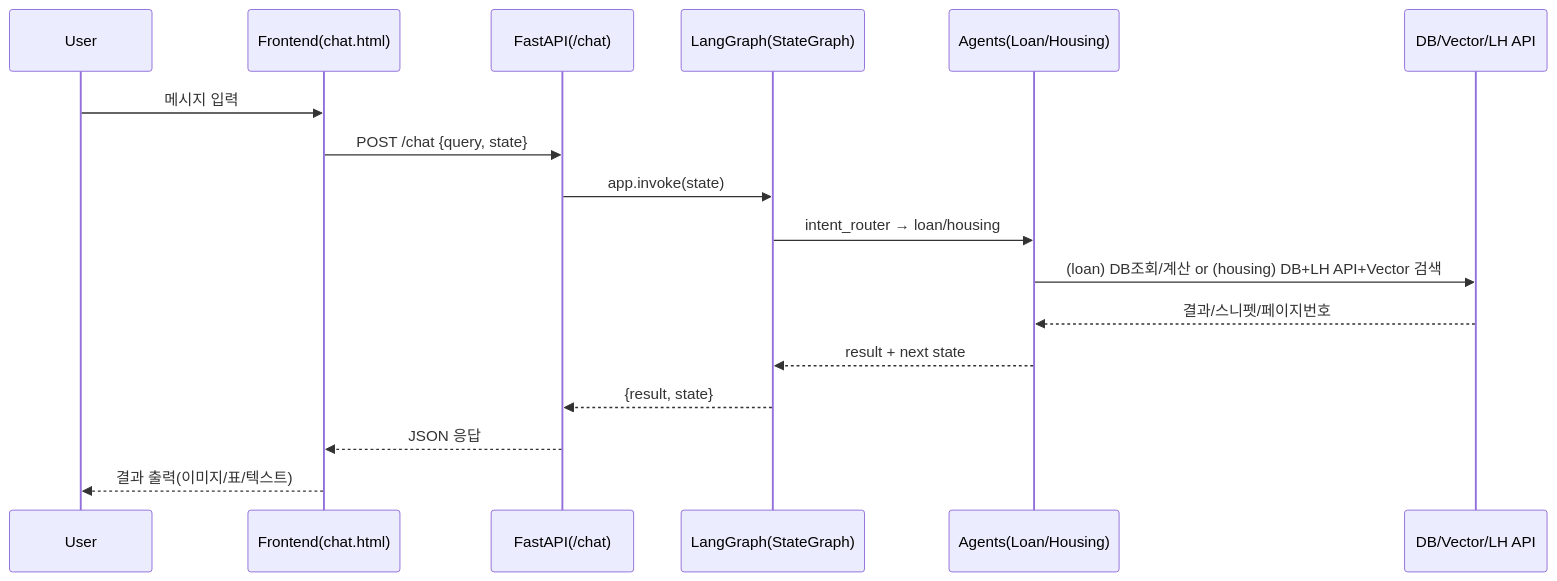
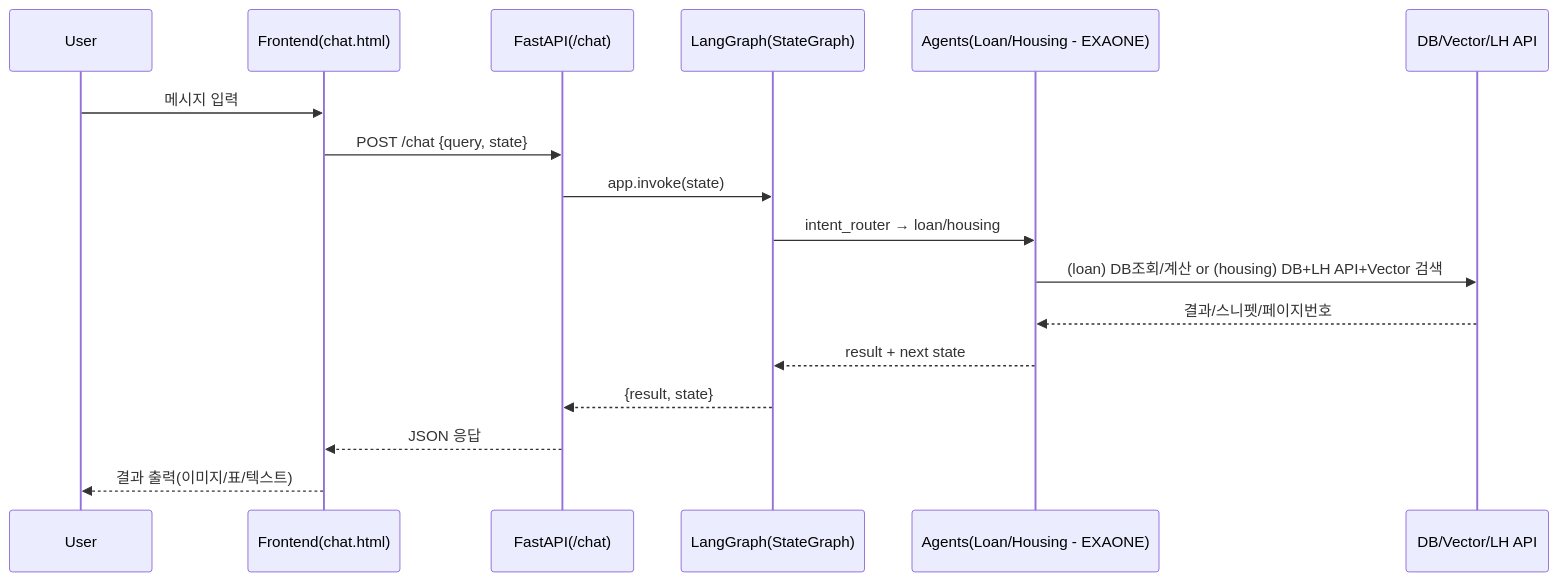
Before and after one commit to ChangMin59/welhome: the second of 2 diagrams in README.md, drawn with Mermaid. The commit also changed other lines of this file, not shown here.

````diff
--- a/README.md
+++ b/README.md
@@ -106,20 +43,20 @@
 ```mermaid
 sequenceDiagram
     participant U as User
     participant FE as Frontend(chat.html)
     participant API as FastAPI(/chat)
     participant LG as LangGraph(StateGraph)
-    participant AG as Agents(Loan/Housing)
+    participant AG as Agents(Loan/Housing - EXAONE)
     participant DS as DB/Vector/LH API
 
     U->>FE: 메시지 입력
     FE->>API: POST /chat {query, state}
     API->>LG: app.invoke(state)
     LG->>AG: intent_router → loan/housing
     AG->>DS: (loan) DB조회/계산 or (housing) DB+LH API+Vector 검색
     DS-->>AG: 결과/스니펫/페이지번호
     AG-->>LG: result + next state
     LG-->>API: {result, state}
     API-->>FE: JSON 응답
     FE-->>U: 결과 출력(이미지/표/텍스트)
 ```
````
